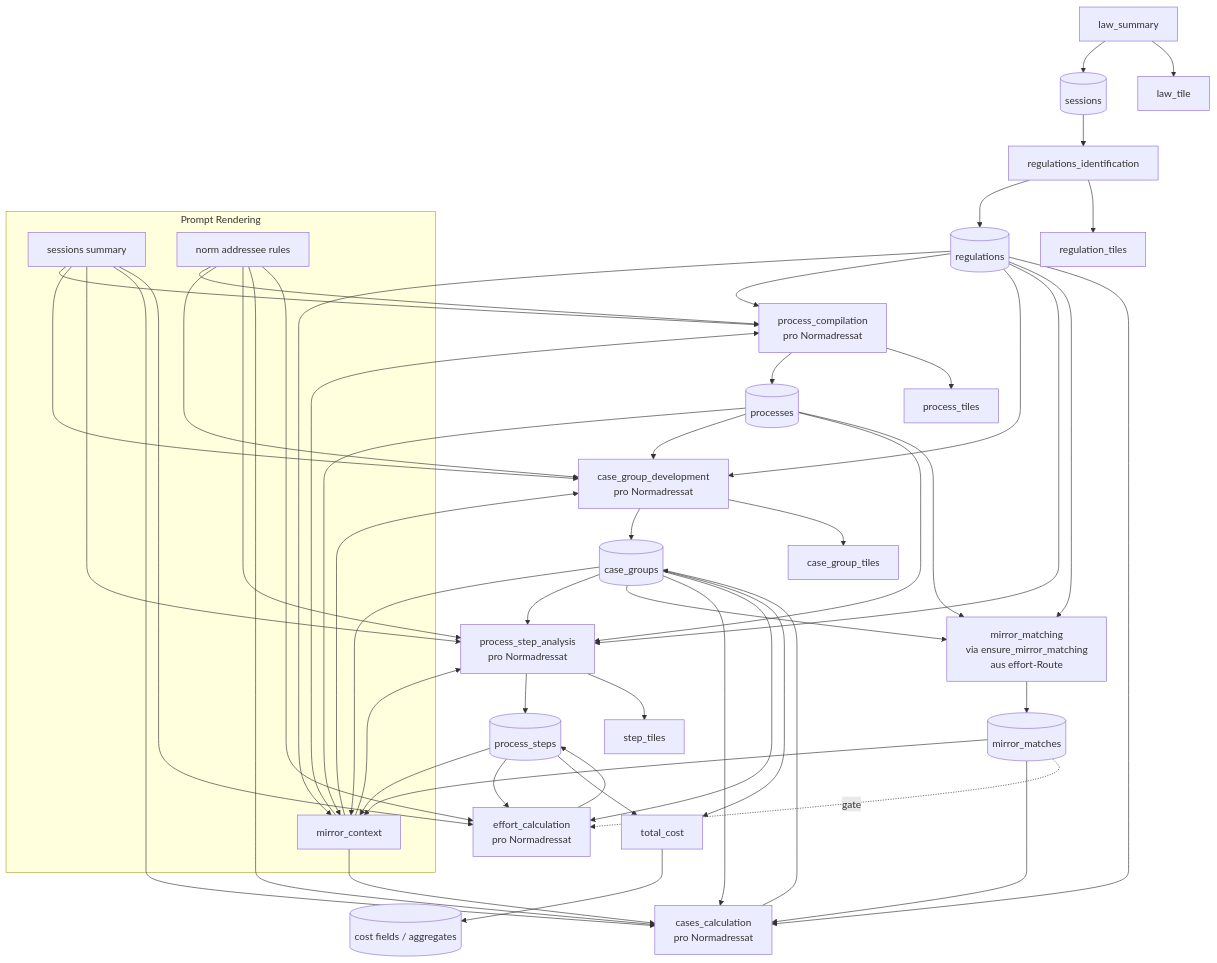
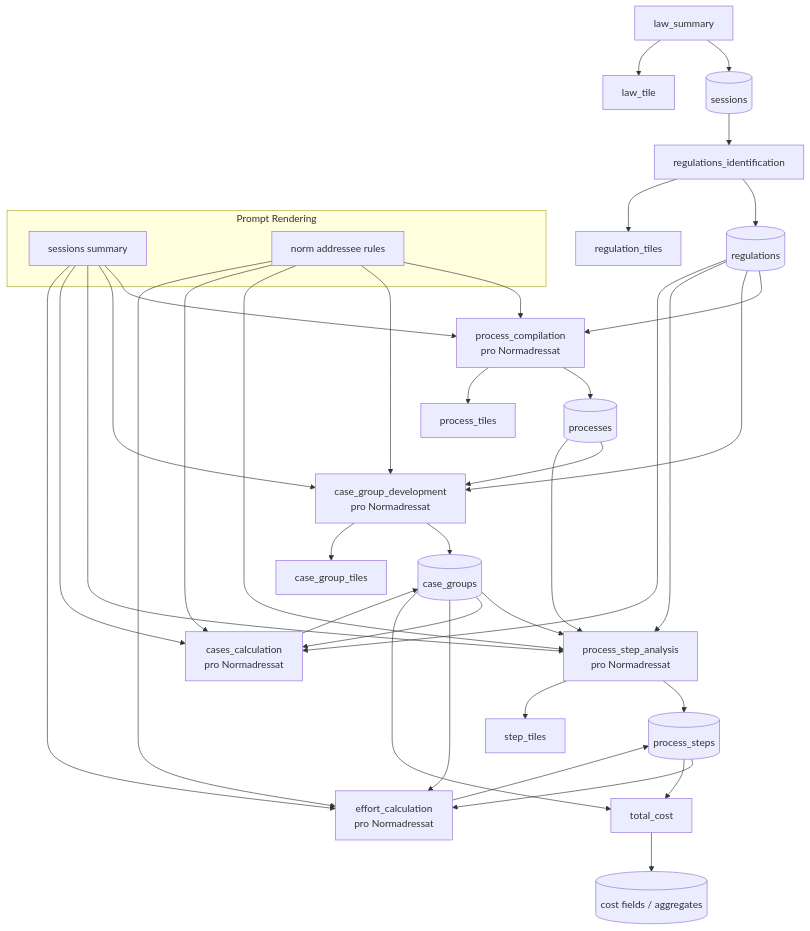
The diagram in PROMPT_DB_FLOW_DIAGRAM.md (juliaschaumeier/compliance-cost-computer), drawn with Mermaid before and after one commit. The commit also changed other lines of this file and 25 other files, not shown here.

First line of the commit message:
refactor: Spiegelsituation/Mirror-Matching vollstaendig entfernt

````diff
--- a/PROMPT_DB_FLOW_DIAGRAM.md
+++ b/PROMPT_DB_FLOW_DIAGRAM.md
@@ -3,72 +3,53 @@
 ```mermaid
 flowchart TD
     A[law_summary] --> S[(sessions)]
     A --> LT[law_tile]
 
     S --> B[regulations_identification]
     B --> R[(regulations)]
     B --> RT[regulation_tiles]
 
     R --> C[process_compilation<br/>pro Normadressat]
     C --> P[(processes)]
     C --> PT[process_tiles]
 
     P --> D[case_group_development<br/>pro Normadressat]
     R --> D
     D --> CG[(case_groups)]
     D --> CGT[case_group_tiles]
 
     P --> E[process_step_analysis<br/>pro Normadressat]
     CG --> E
     R --> E
     E --> PS[(process_steps)]
     E --> PST[step_tiles]
 
-    R --> M[mirror_matching<br/>via ensure_mirror_matching<br/>aus effort-Route]
-    P --> M
-    CG --> M
-    M --> MM[(mirror_matches)]
-
     CG --> F[cases_calculation<br/>pro Normadressat]
     R --> F
-    MM --> F
     F --> CG
 
     PS --> G[effort_calculation<br/>pro Normadressat]
     CG --> G
-    MM -.gate.-> G
     G --> PS
 
     CG --> H[total_cost]
     PS --> H
     H --> COST[(cost fields / aggregates)]
 
     subgraph Prompt Rendering
         S2[sessions summary]
         NA[norm addressee rules]
-        MC[mirror_context]
     end
 
     S2 --> C
     S2 --> D
     S2 --> E
     S2 --> F
     S2 --> G
 
     NA --> C
     NA --> D
     NA --> E
     NA --> F
     NA --> G
-
-    R --> MC
-    P --> MC
-    CG --> MC
-    PS --> MC
-    MM --> MC
-
-    MC --> C
-    MC --> D
-    MC --> E
-    MC --> F
 ```
````
